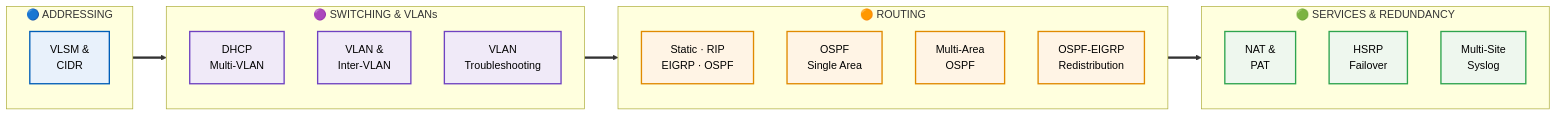
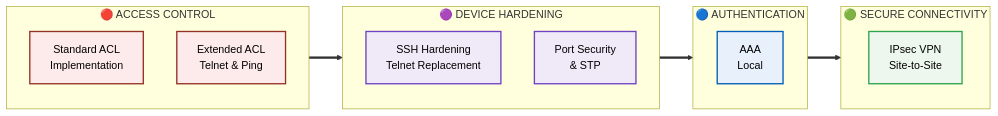
The first of 6 diagrams in 01-Networking/README.md (malaika-azhar/Cisco-Networking-Lab-Portfolio), drawn with Mermaid before and after one commit. The commit also changed other lines of this file, not shown here.

````diff
--- a/01-Networking/README.md
+++ b/01-Networking/README.md
@@ -168,36 +166,31 @@
 ```mermaid
 flowchart LR
-    subgraph G1["🔵 ADDRESSING"]
+    subgraph G1["🔴 ACCESS CONTROL"]
         direction TB
-        A1["VLSM &<br/>CIDR"]
+        A1["Standard ACL<br/>Implementation"]
+        A2["Extended ACL<br/>Telnet & Ping"]
     end
-    subgraph G2["🟣 SWITCHING & VLANs"]
+    subgraph G2["🟣 DEVICE HARDENING"]
         direction TB
-        B1["DHCP<br/>Multi-VLAN"]
-        B2["VLAN &<br/>Inter-VLAN"]
-        B3["VLAN<br/>Troubleshooting"]
+        B1["SSH Hardening<br/>Telnet Replacement"]
+        B2["Port Security<br/>& STP"]
     end
-    subgraph G3["🟠 ROUTING"]
+    subgraph G3["🔵 AUTHENTICATION"]
         direction TB
-        C1["Static · RIP<br/>EIGRP · OSPF"]
-        C2["OSPF<br/>Single Area"]
-        C3["Multi-Area<br/>OSPF"]
-        C4["OSPF-EIGRP<br/>Redistribution"]
+        C1["AAA<br/>Local"]
     end
-    subgraph G4["🟢 SERVICES & REDUNDANCY"]
+    subgraph G4["🟢 SECURE CONNECTIVITY"]
         direction TB
-        D1["NAT &<br/>PAT"]
-        D2["HSRP<br/>Failover"]
-        D3["Multi-Site<br/>Syslog"]
+        D1["IPsec VPN<br/>Site-to-Site"]
     end
     G1 ==> G2 ==> G3 ==> G4
 
-    classDef ad fill:#e8f1fb,stroke:#005EB8,stroke-width:2px,color:#000
-    classDef sw fill:#f0eaf8,stroke:#6f42c1,stroke-width:2px,color:#000
-    classDef rt fill:#fff4e5,stroke:#e08a00,stroke-width:2px,color:#000
-    classDef sv fill:#eef7ee,stroke:#2ea44f,stroke-width:2px,color:#000
-    class A1 ad
-    class B1,B2,B3 sw
-    class C1,C2,C3,C4 rt
-    class D1,D2,D3 sv
+    classDef ac fill:#fdeaea,stroke:#943126,stroke-width:2px,color:#000
+    classDef hd fill:#f0eaf8,stroke:#6f42c1,stroke-width:2px,color:#000
+    classDef au fill:#e8f1fb,stroke:#005EB8,stroke-width:2px,color:#000
+    classDef cn fill:#eef7ee,stroke:#2ea44f,stroke-width:2px,color:#000
+    class A1,A2 ac
+    class B1,B2 hd
+    class C1 au
+    class D1 cn
 ```
````
